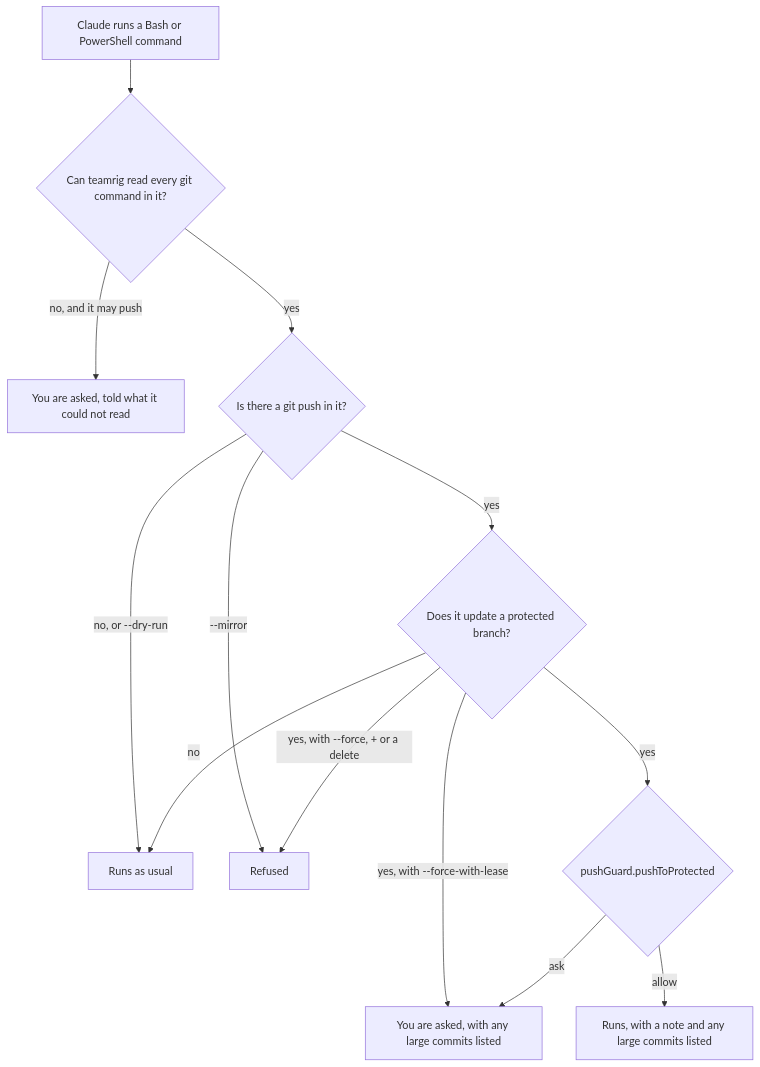
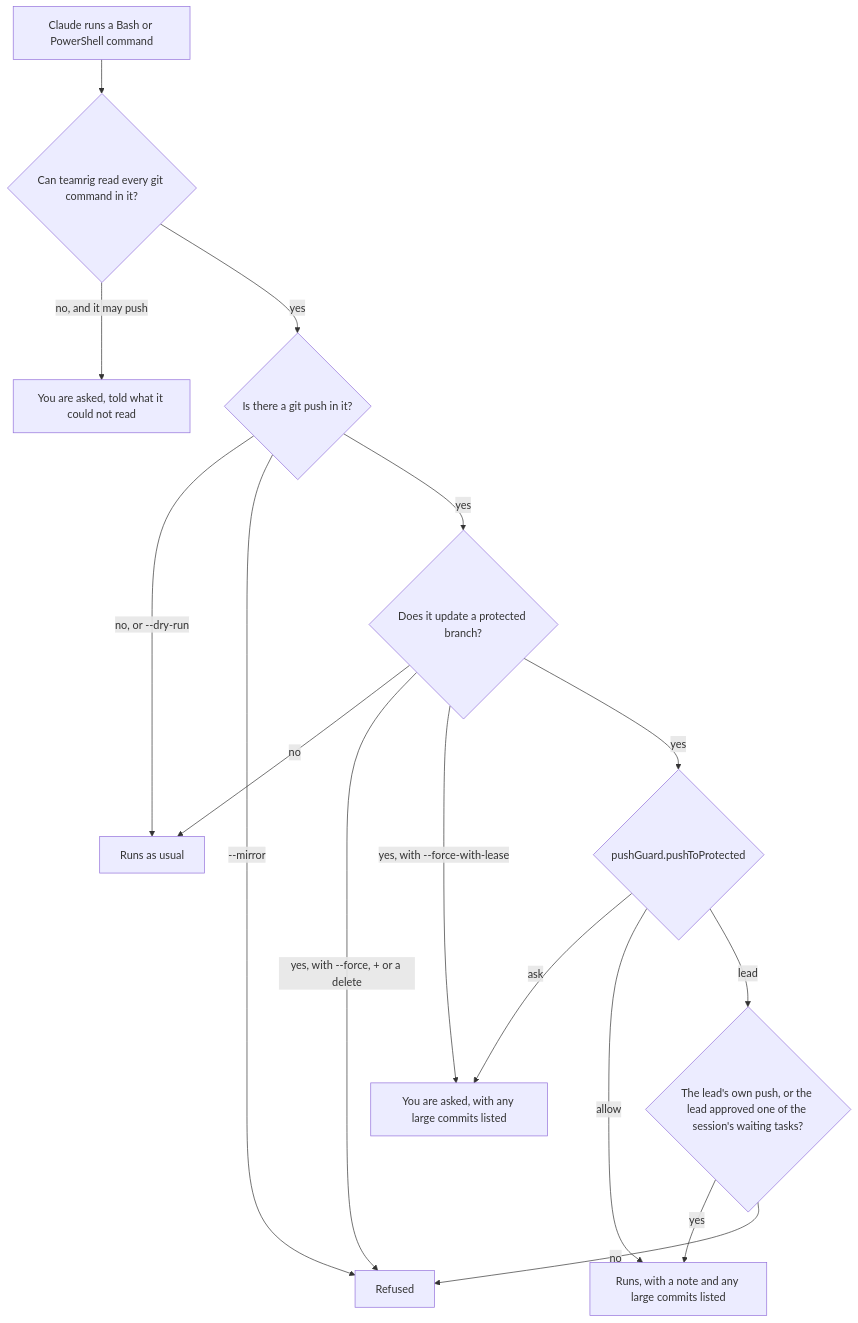
One commit to GeneralA6/teamrig changed the eighth of 10 diagrams in docs/how-it-works.md. Above: the diagram before and after it, drawn with Mermaid. The commit also changed other lines of this file and 12 other files, not shown here.

First line of the commit message:
push guard: under pushToProtected lead the lead approves pushes to protected branches (T684)

````diff
--- a/docs/how-it-works.md
+++ b/docs/how-it-works.md
@@ -528,15 +528,18 @@
 ```mermaid
 flowchart TD
   cmd["Claude runs a Bash or PowerShell command"] --> read{"Can teamrig read every git command in it?"}
   read -- "no, and it may push" --> doubt["You are asked, told what it could not read"]
   read -- yes --> push{"Is there a git push in it?"}
   push -- "no, or --dry-run" --> run["Runs as usual"]
   push -- "--mirror" --> deny["Refused"]
   push -- yes --> branch{"Does it update a protected branch?"}
   branch -- no --> run
   branch -- "yes, with --force, + or a delete" --> deny
   branch -- "yes, with --force-with-lease" --> ask["You are asked, with any large commits listed"]
   branch -- yes --> mode{"pushGuard.pushToProtected"}
   mode -- ask --> ask
   mode -- allow --> note["Runs, with a note and any large commits listed"]
+  mode -- lead --> cleared{"The lead's own push, or the lead approved one of the session's waiting tasks?"}
+  cleared -- yes --> note
+  cleared -- no --> deny
 ```
````
